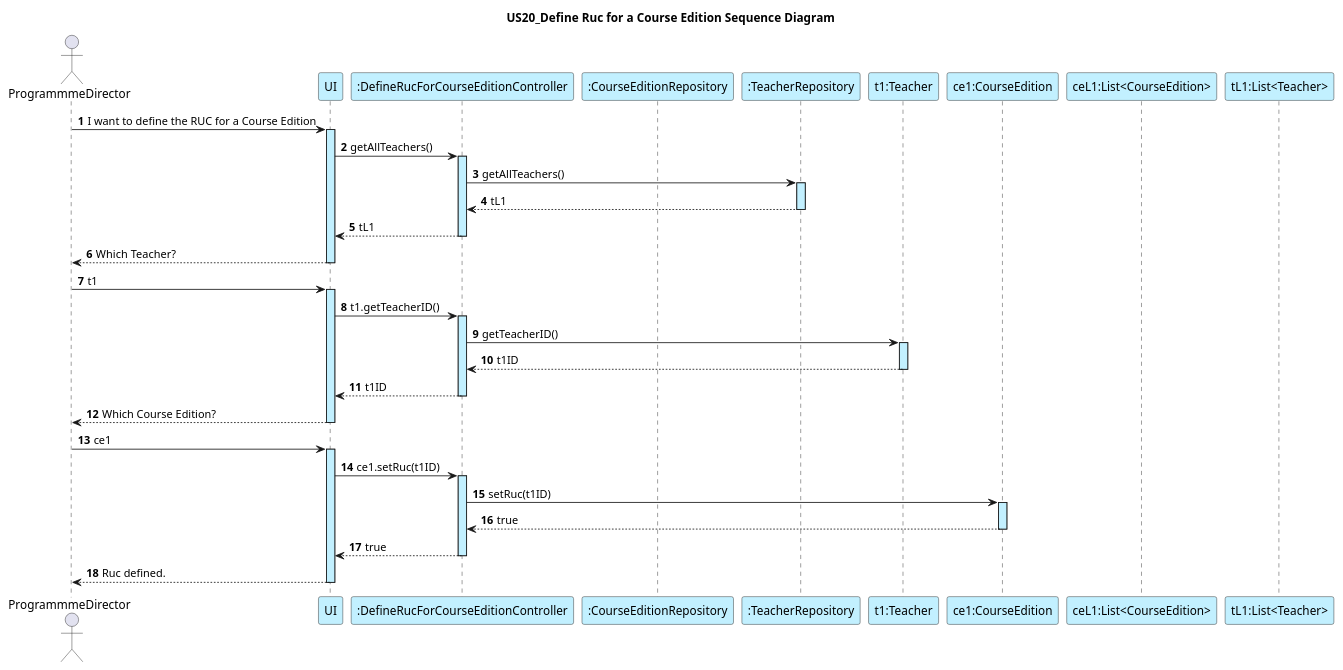
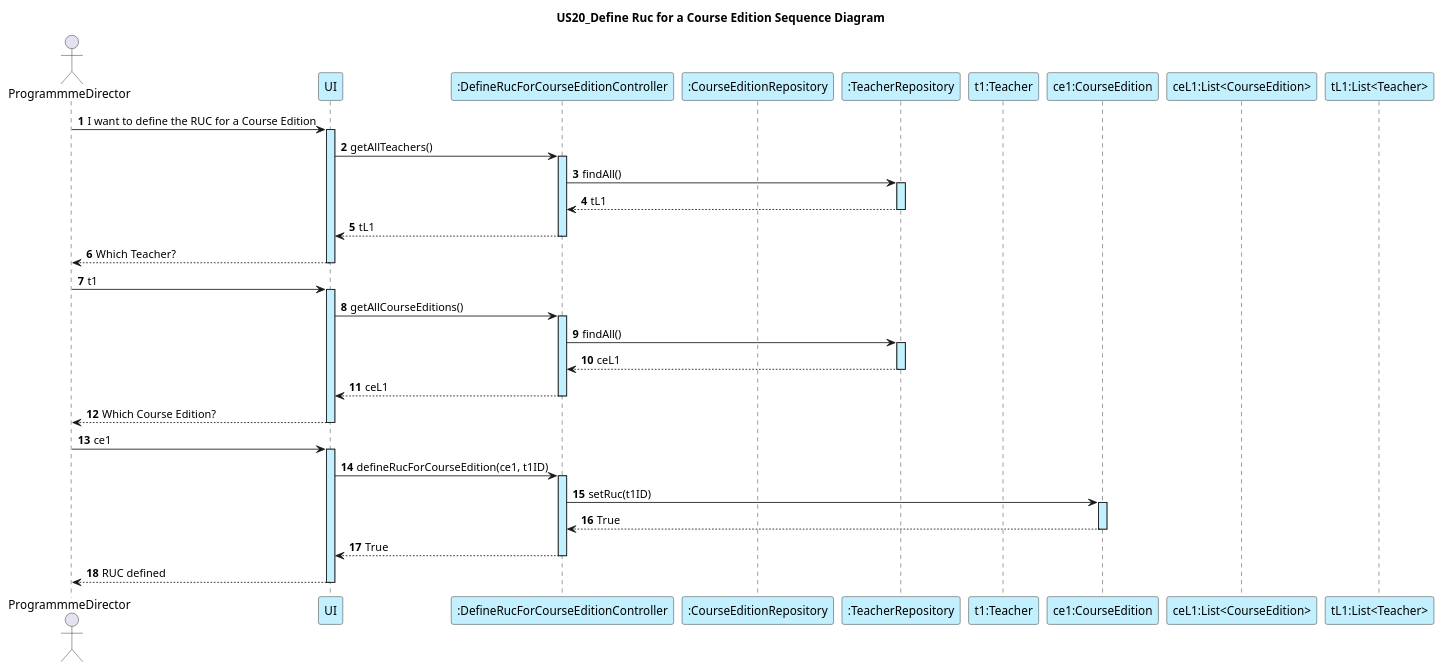
The diagram in docs/US20/US20_DefineRucForACourseEdition_SequenceDiagram_DDD.puml (GasparISEP/DevOps-PAI), drawn with PlantUML before and after one commit.

Commit message:
updated US20 Sequence Diagram (Refs #73)

```diff
--- a/docs/US20/US20_DefineRucForACourseEdition_SequenceDiagram_DDD.puml
+++ b/docs/US20/US20_DefineRucForACourseEdition_SequenceDiagram_DDD.puml
@@ -1,53 +1,53 @@
 @startuml
 
 autonumber
 
 title: US20_Define Ruc for a Course Edition Sequence Diagram
 
 actor ProgrammmeDirector as PD
 participant UI #application
 participant ":DefineRucForCourseEditionController" as C #application
 participant ":CourseEditionRepository" as CER #application
 participant ":TeacherRepository" as TR #application
 participant "t1:Teacher" as T #application
 participant "ce1:CourseEdition" as CE #application
 participant "ceL1:List<CourseEdition>" as LCE #application
 participant "tL1:List<Teacher>" as LT #application
 
 PD -> UI ++ #application: I want to define the RUC for a Course Edition
 UI -> C : getAllTeachers()
 activate C #application
-C -> TR : getAllTeachers()
+C -> TR : findAll()
 activate TR #application
 TR --> C -- : tL1
 C --> UI : tL1
 
 deactivate TR
 deactivate C
 
 PD <-- UI --: Which Teacher?
 PD -> UI ++ #application: t1
-UI -> C : t1.getTeacherID()
+UI -> C : getAllCourseEditions()
 activate C #application
-C -> T : getTeacherID()
-activate T #application
-T --> C -- : t1ID
-C --> UI : t1ID
+C -> TR : findAll()
+activate TR #application
+TR --> C -- : ceL1
+C --> UI : ceL1
 
 deactivate C
 
 PD <-- UI --: Which Course Edition?
 PD -> UI ++ #application: ce1
-UI -> C : ce1.setRuc(t1ID)
+UI -> C : defineRucForCourseEdition(ce1, t1ID)
 activate C #application
 C -> CE : setRuc(t1ID)
 activate CE #application
-CE --> C -- : true
-C --> UI : true
+CE --> C -- : True
+C --> UI : True
 
 deactivate C
-UI --> PD : Ruc defined.
+UI --> PD : RUC defined
 
 deactivate UI
 
 @enduml
```
